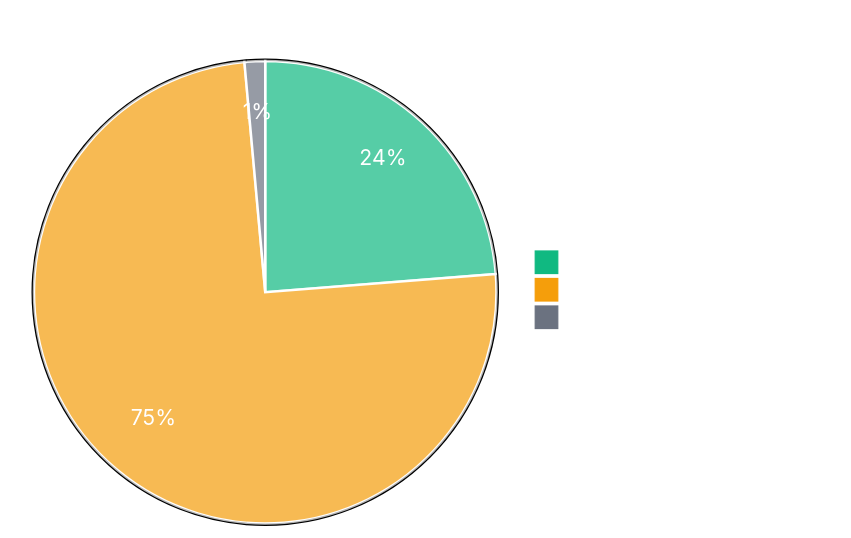
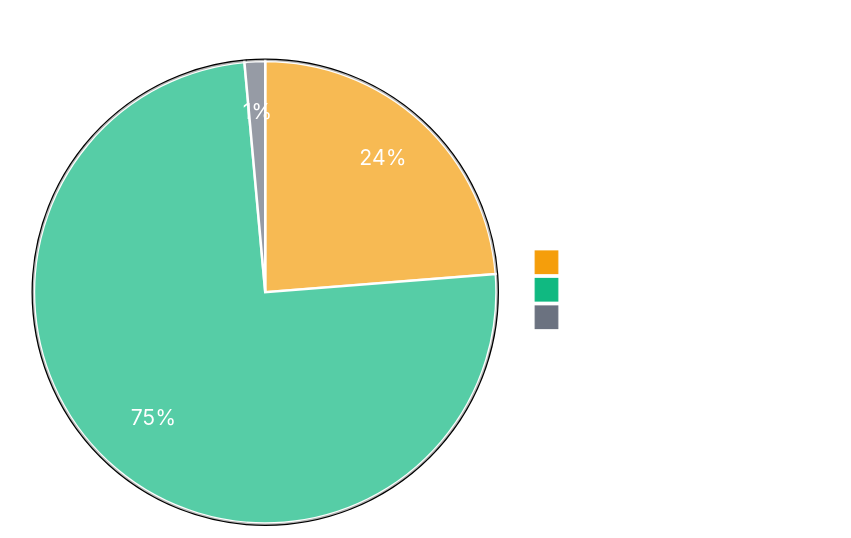
One commit to synthotec/synthotec.github.io changed the first of 4 diagrams in Documentation/SynthoTec-4D/Overview.md. Above: the diagram before and after it, drawn with Mermaid. The commit also changed other lines of this file, not shown here.

Commit message:
Update documentation progress and chart theme
Refreshed the last updated timestamp and modified the Mermaid chart theme colors and border settings for improved visual clarity in the documentation progress section.

````diff
--- a/Documentation/SynthoTec-4D/Overview.md
+++ b/Documentation/SynthoTec-4D/Overview.md
@@ -18,7 +18,7 @@
 ```mermaid
-%%{init: {'theme':'base', 'themeVariables': {'pieStrokeColor': '#ffffff', 'pieStrokeWidth': '2px', 'primaryColor': '#10b981', 'primaryTextColor': '#fff', 'primaryBorderColor': '#059669', 'secondaryColor': '#f59e0b', 'secondaryTextColor': '#fff', 'secondaryBorderColor': '#d97706', 'tertiaryColor': '#6b7280', 'tertiaryTextColor': '#fff', 'tertiaryBorderColor': '#4b5563'}}}%%
+%%{init: {'theme':'base', 'themeVariables': {'pieStrokeColor': '#ffffff', 'pieStrokeWidth': '2px', 'primaryColor': '#f59e0b', 'primaryTextColor': '#fff', 'primaryBorderColor': '#000', 'secondaryColor': '#10b981', 'secondaryTextColor': '#fff', 'secondaryBorderColor': '#000', 'tertiaryColor': '#6b7280', 'tertiaryTextColor': '#fff', 'tertiaryBorderColor': '#000'}}}%%
 pie showData title Documentation Completion Status
     "Fully Documented" : 66
     "Partially Documented" : 208
     "Not Started" : 4
 ```
````
